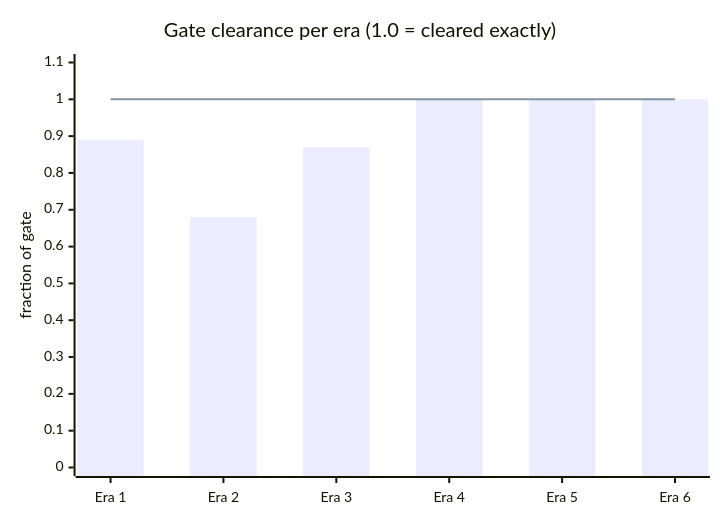
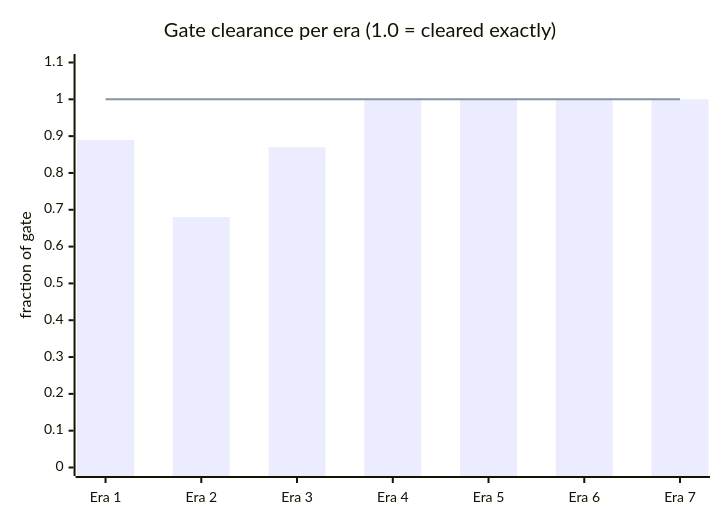
The second of 6 diagrams in docs/research/README.md (get-tmonier/argot), drawn with Mermaid before and after one commit. The commit also changed other lines of this file and 53 other files, not shown here.

````diff
--- a/docs/research/README.md
+++ b/docs/research/README.md
@@ -63,8 +67,8 @@
 ```mermaid
 xychart-beta
     title "Gate clearance per era (1.0 = cleared exactly)"
-    x-axis ["Era 1", "Era 2", "Era 3", "Era 4", "Era 5", "Era 6"]
+    x-axis ["Era 1", "Era 2", "Era 3", "Era 4", "Era 5", "Era 6", "Era 7"]
     y-axis "fraction of gate" 0 --> 1.1
-    bar [0.89, 0.68, 0.87, 1.00, 1.00, 1.00]
-    line [1.0, 1.0, 1.0, 1.0, 1.0, 1.0]
+    bar [0.89, 0.68, 0.87, 1.00, 1.00, 1.00, 1.00]
+    line [1.0, 1.0, 1.0, 1.0, 1.0, 1.0, 1.0]
 ```
````
